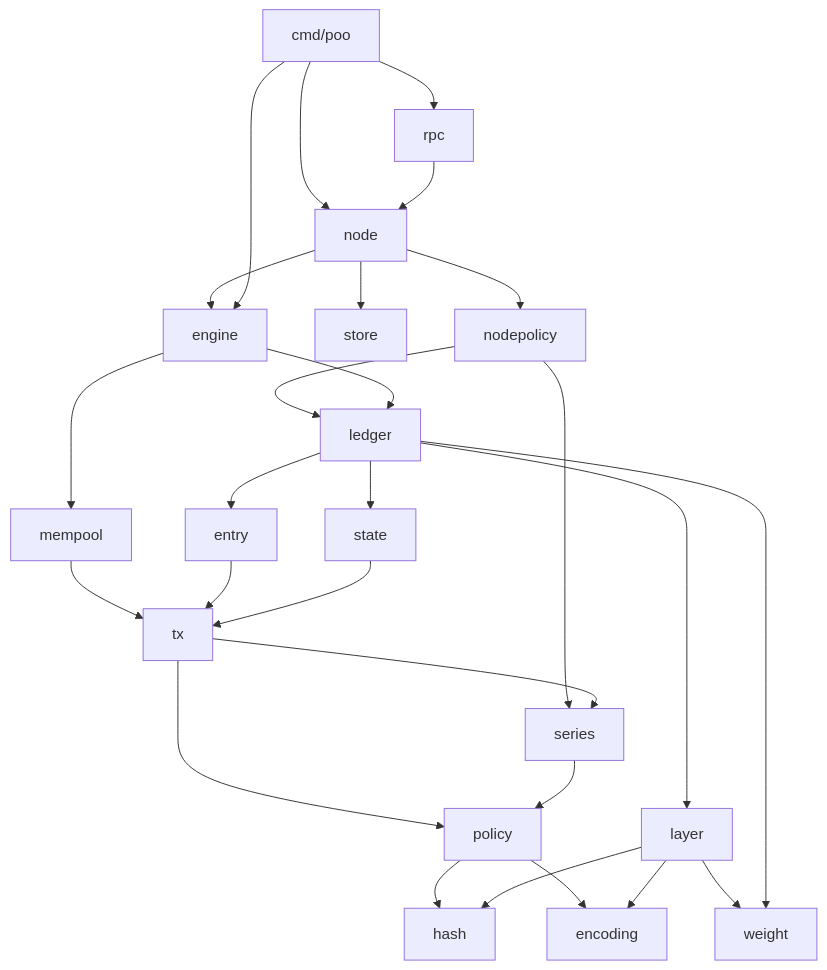
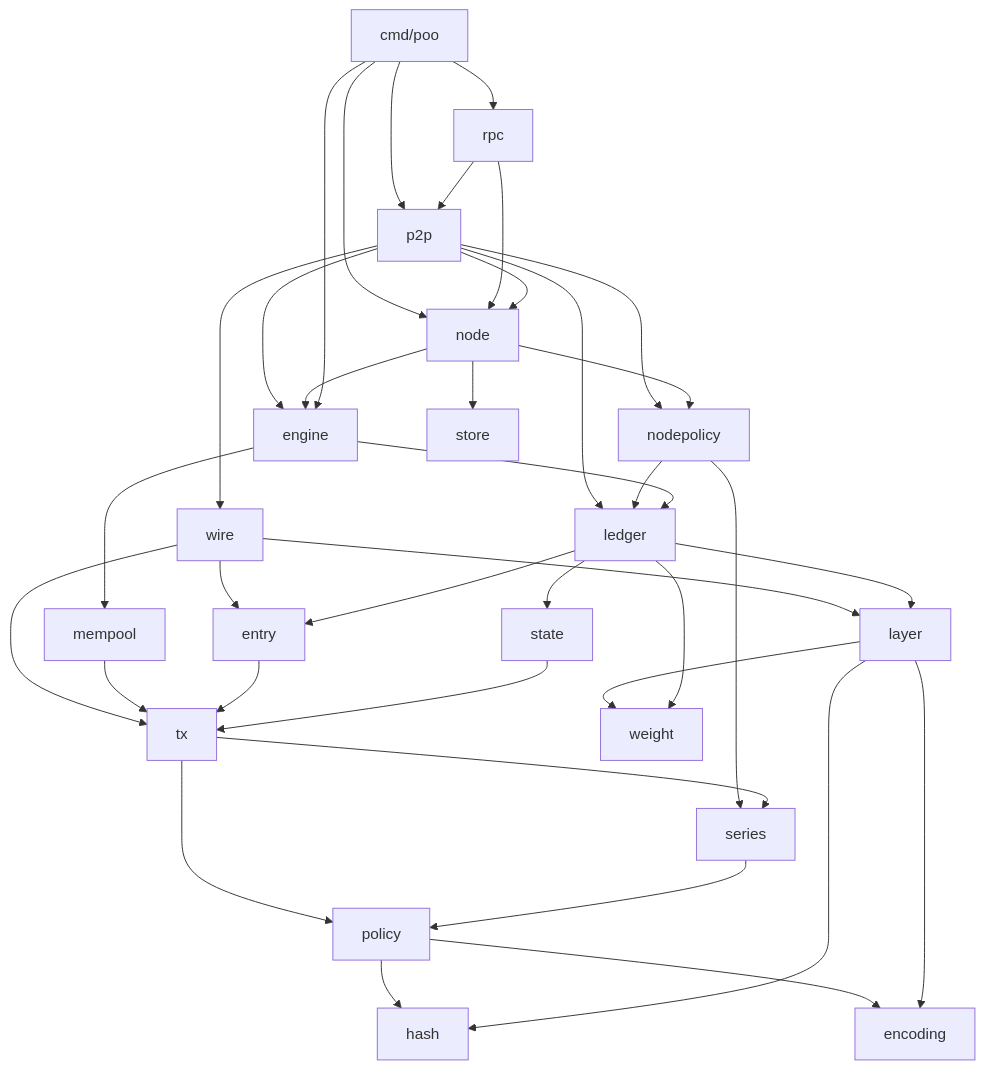
One commit to JogginTheNoggin/crypto-mint-net changed the first of 2 diagrams in docs/architecture.md. Above: the diagram before and after it, drawn with Mermaid. The commit also changed other lines of this file and 15 other files, not shown here.

````diff
--- a/docs/architecture.md
+++ b/docs/architecture.md
@@ -20,29 +22,39 @@
 ```mermaid
 graph TD
   cmd[cmd/poo] --> rpc
   cmd --> node
+  cmd --> p2p
   rpc --> node
+  rpc --> p2p
+  p2p --> node
+  p2p --> wire
+  p2p --> engine
+  p2p --> ledger
+  p2p --> nodepolicy
+  wire --> entry
+  wire --> layer
+  wire --> tx
   node --> engine
   node --> store
   node --> nodepolicy
   nodepolicy --> ledger
   nodepolicy --> series
   cmd --> engine
   engine --> ledger
   engine --> mempool
   ledger --> entry
   ledger --> layer
   ledger --> state
   mempool --> tx
   entry --> tx
   state --> tx
   tx --> series
   tx --> policy
   series --> policy
   layer --> weight
   ledger --> weight
   policy --> hash
   policy --> encoding
   layer --> hash
   layer --> encoding
 ```
````
